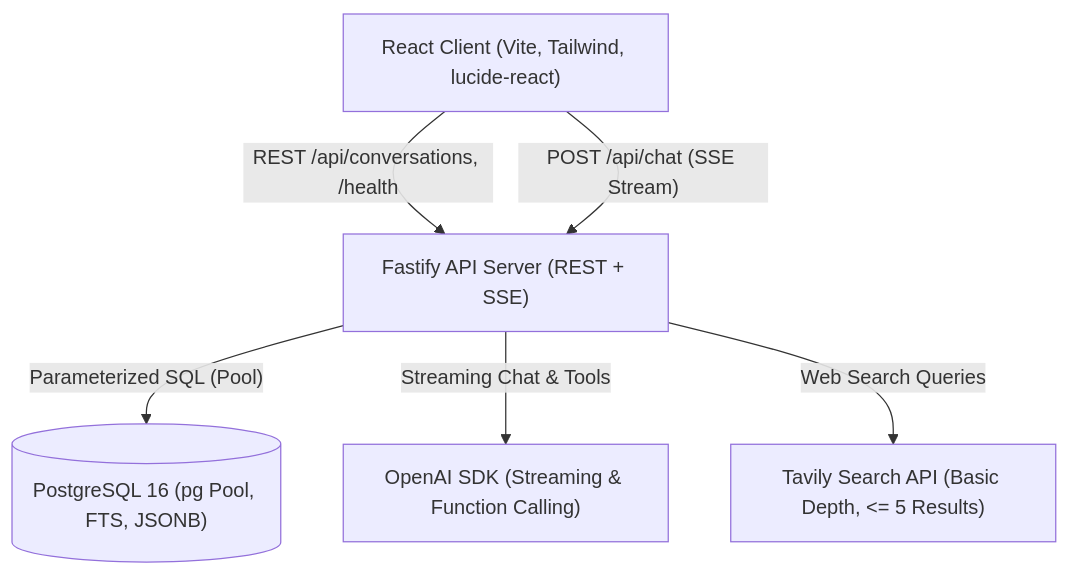
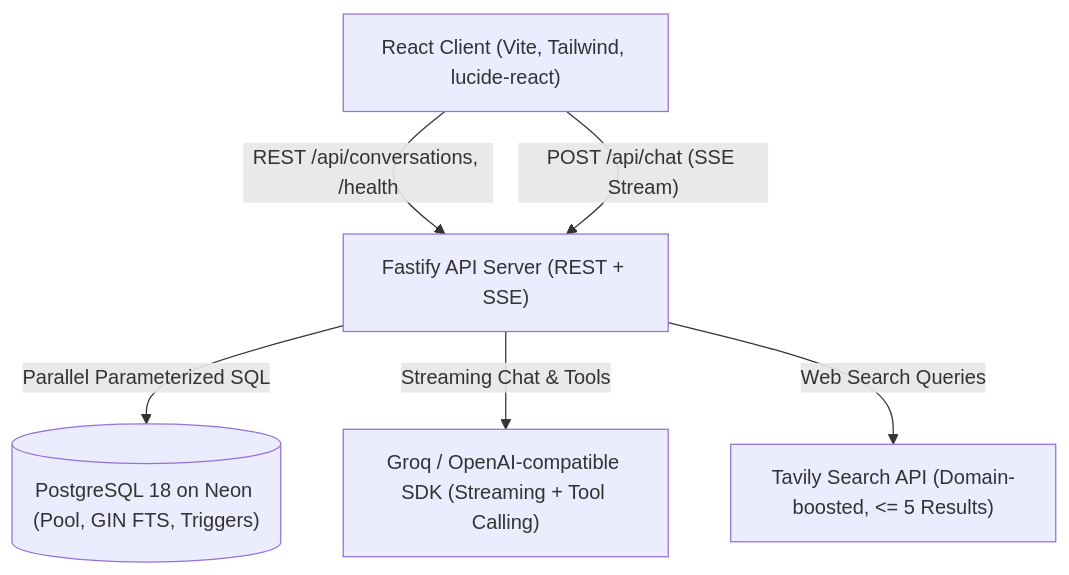
One commit to Klkreddy457/Recall-AI changed the first of 2 diagrams in DESIGN.md. Above: the diagram before and after it, drawn with Mermaid. The commit also changed other lines of this file and 27 other files, not shown here.

Commit message:
feat: complete production upgrade with event-date memory, tool sanitization, domain search and change detection

````diff
--- a/DESIGN.md
+++ b/DESIGN.md
@@ -11,14 +11,14 @@
 ```mermaid
 flowchart TD
     Client["React Client (Vite, Tailwind, lucide-react)"]
     API["Fastify API Server (REST + SSE)"]
-    DB[("PostgreSQL 16 (pg Pool, FTS, JSONB)")]
-    LLM["OpenAI SDK (Streaming & Function Calling)"]
-    Search["Tavily Search API (Basic Depth, <= 5 Results)"]
+    DB[("PostgreSQL 18 on Neon (Pool, GIN FTS, Triggers)")]
+    LLM["Groq / OpenAI-compatible SDK (Streaming + Tool Calling)"]
+    Search["Tavily Search API (Domain-boosted, <= 5 Results)"]
 
     Client -->|"REST /api/conversations, /health"| API
     Client -->|"POST /api/chat (SSE Stream)"| API
-    API -->|"Parameterized SQL (Pool)"| DB
+    API -->|"Parallel Parameterized SQL"| DB
     API -->|"Streaming Chat & Tools"| LLM
     API -->|"Web Search Queries"| Search
 ```
````
